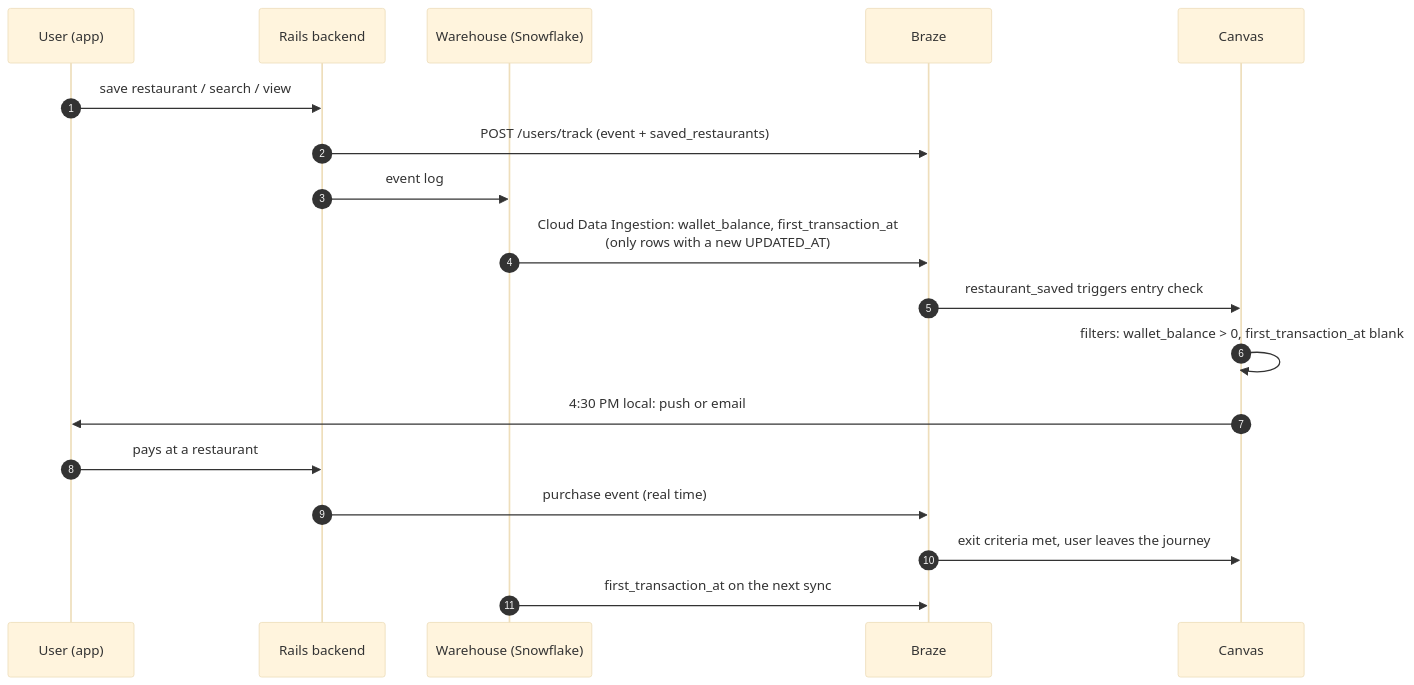
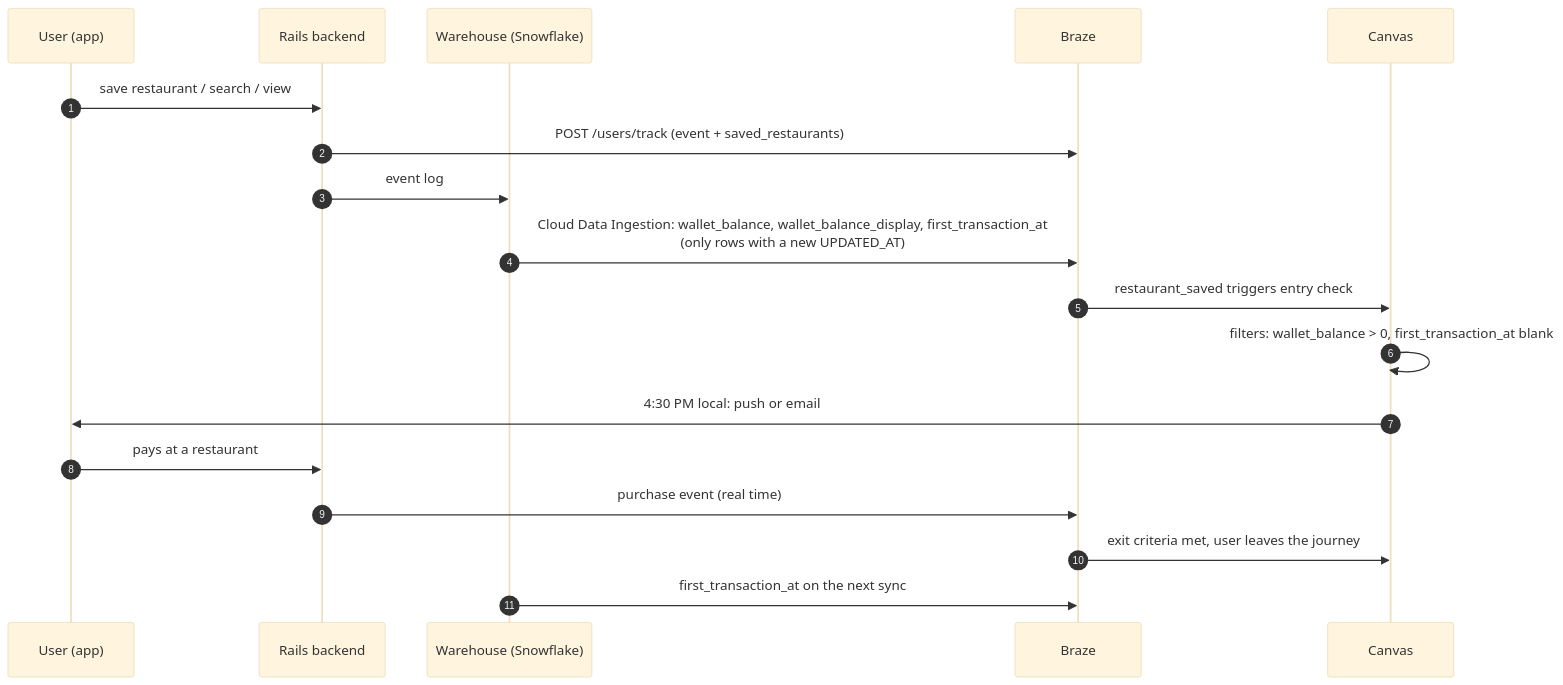
One commit to arndvs/inkind-first-credit-journey changed the diagram in 01-data-contract.md. Above: the diagram before and after it, drawn with Mermaid (base theme). The commit also changed other lines of this file and 4 other files, not shown here.

````diff
--- a/01-data-contract.md
+++ b/01-data-contract.md
@@ -35,21 +35,21 @@
 ```mermaid
 sequenceDiagram
     autonumber
     participant U as User (app)
     participant BE as Rails backend
     participant DW as Warehouse (Snowflake)
     participant BZ as Braze
     participant C as Canvas
 
     U->>BE: save restaurant / search / view
     BE->>BZ: POST /users/track (event + saved_restaurants)
     BE->>DW: event log
-    DW->>BZ: Cloud Data Ingestion: wallet_balance, first_transaction_at<br/>(only rows with a new UPDATED_AT)
+    DW->>BZ: Cloud Data Ingestion: wallet_balance, wallet_balance_display, first_transaction_at<br/>(only rows with a new UPDATED_AT)
     BZ->>C: restaurant_saved triggers entry check
     C->>C: filters: wallet_balance > 0, first_transaction_at blank
     C->>U: 4:30 PM local: push or email
     U->>BE: pays at a restaurant
     BE->>BZ: purchase event (real time)
     BZ->>C: exit criteria met, user leaves the journey
     DW->>BZ: first_transaction_at on the next sync
 ```
````
